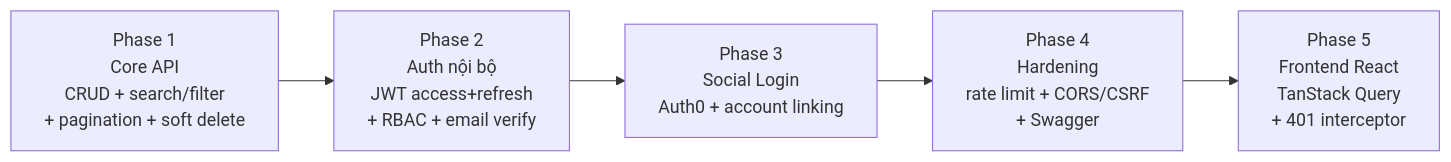
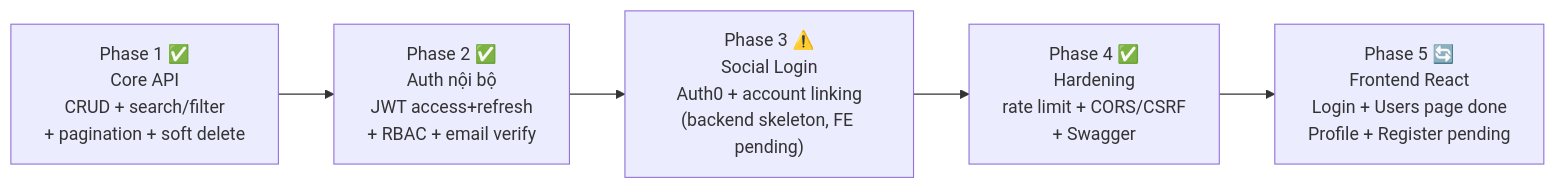
The third of 5 diagrams in docs/plans/09-fullstack-user-management.md (maaitlunghau/java-spring-ecosystem-fundamentals), drawn with Mermaid before and after one commit. The commit also changed other lines of this file, not shown here.

````diff
--- a/docs/plans/09-fullstack-user-management.md
+++ b/docs/plans/09-fullstack-user-management.md
@@ -163,10 +163,10 @@
 ```mermaid
 flowchart LR
-    P1["Phase 1<br/>Core API<br/>CRUD + search/filter<br/>+ pagination + soft delete"]
-    P2["Phase 2<br/>Auth nội bộ<br/>JWT access+refresh<br/>+ RBAC + email verify"]
-    P3["Phase 3<br/>Social Login<br/>Auth0 + account linking"]
-    P4["Phase 4<br/>Hardening<br/>rate limit + CORS/CSRF<br/>+ Swagger"]
-    P5["Phase 5<br/>Frontend React<br/>TanStack Query<br/>+ 401 interceptor"]
+    P1["Phase 1 ✅<br/>Core API<br/>CRUD + search/filter<br/>+ pagination + soft delete"]
+    P2["Phase 2 ✅<br/>Auth nội bộ<br/>JWT access+refresh<br/>+ RBAC + email verify"]
+    P3["Phase 3 ⚠️<br/>Social Login<br/>Auth0 + account linking<br/>(backend skeleton, FE pending)"]
+    P4["Phase 4 ✅<br/>Hardening<br/>rate limit + CORS/CSRF<br/>+ Swagger"]
+    P5["Phase 5 🔄<br/>Frontend React<br/>Login + Users page done<br/>Profile + Register pending"]
 
     P1 --> P2 --> P3 --> P4 --> P5
 ```
````
